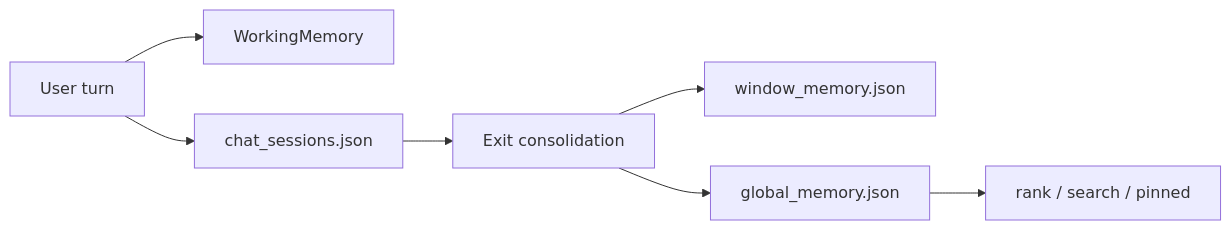
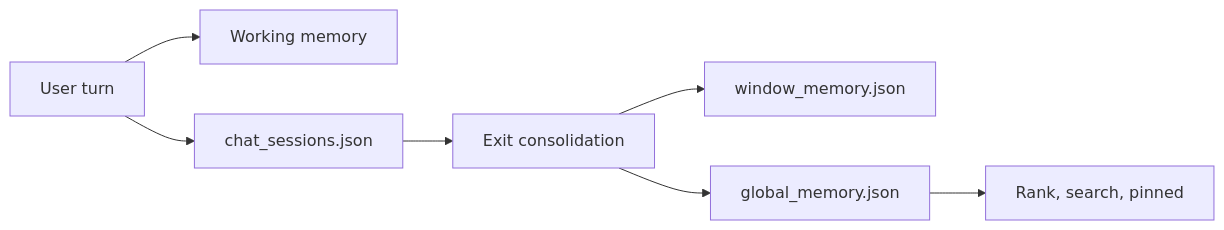
The second of 2 diagrams in MICRO_AGENT_ARCHITECTURE.en.md (deepfrish/micro-agent), drawn with Mermaid before and after one commit. The commit also changed other lines of this file and 21 other files, not shown here.

````diff
--- a/MICRO_AGENT_ARCHITECTURE.en.md
+++ b/MICRO_AGENT_ARCHITECTURE.en.md
@@ -146,9 +147,9 @@
 ```mermaid
 flowchart LR
-    U[User turn] --> W[WorkingMemory]
+    U[User turn] --> WM[Working memory]
     U --> H[chat_sessions.json]
     H --> X[Exit consolidation]
-    X --> WM[window_memory.json]
-    X --> GM[global_memory.json]
-    GM --> Q[rank / search / pinned]
+    X --> WMN[window_memory.json]
+    X --> GMN[global_memory.json]
+    GMN --> IDX[Rank, search, pinned]
 ```
````
